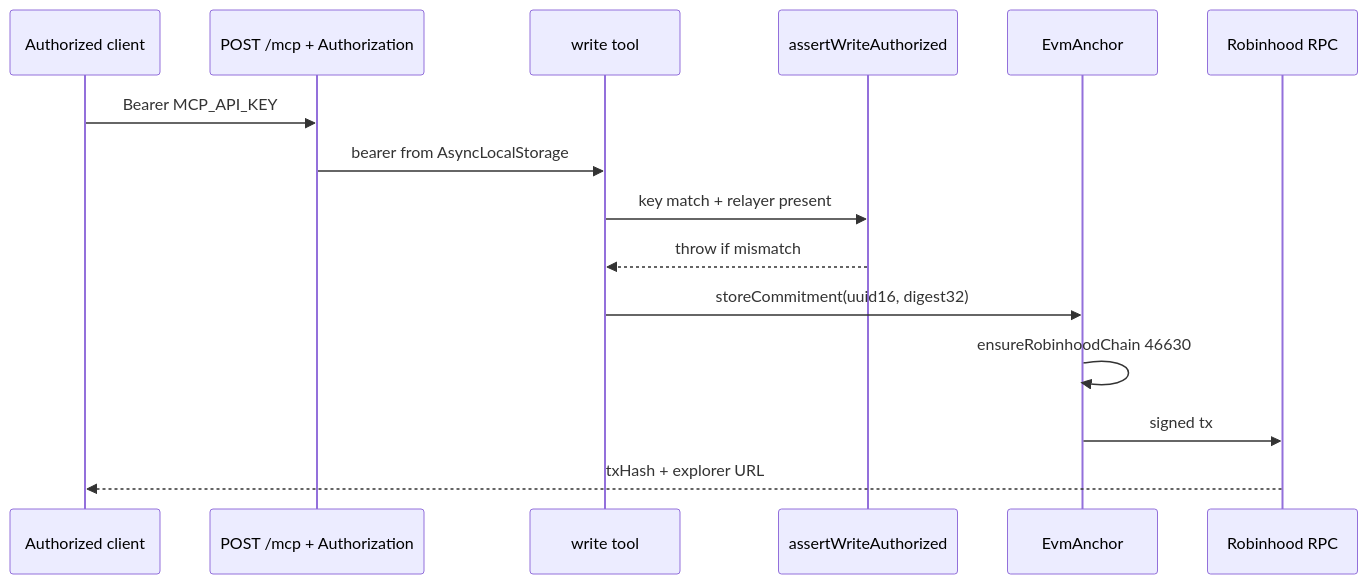
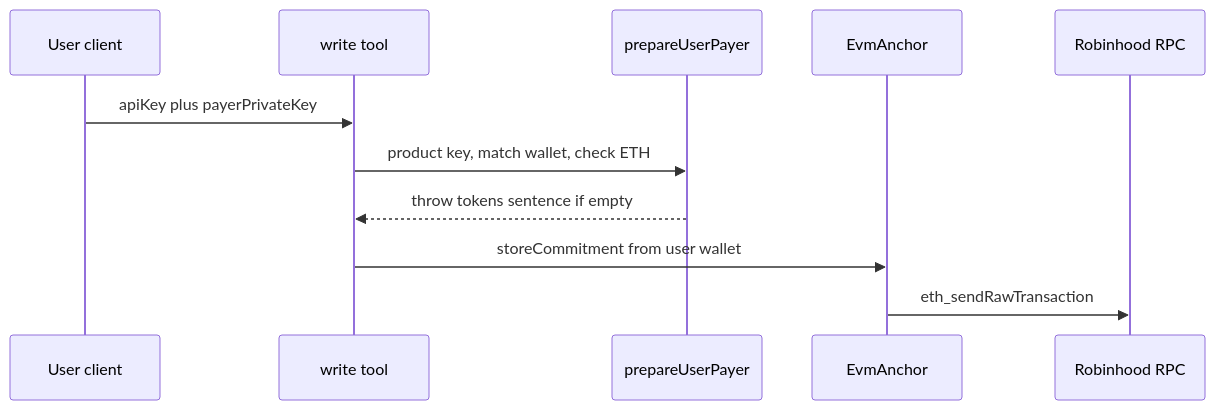
The fifth of 7 diagrams in docs/ARCHITECTURE.md (veyanet/veya-mcp), drawn with Mermaid before and after one commit. The commit also changed other lines of this file, not shown here.

Commit message:
docs: expand mcp architecture with layers and charts

````diff
--- a/docs/ARCHITECTURE.md
+++ b/docs/ARCHITECTURE.md
@@ -297,18 +294,14 @@
 ```mermaid
 sequenceDiagram
-  participant C as Authorized client
-  participant H as POST /mcp + Authorization
+  participant C as User client
   participant W as write tool
-  participant A as assertWriteAuthorized
+  participant P as prepareUserPayer
   participant E as EvmAnchor
   participant R as Robinhood RPC
 
-  C->>H: Bearer MCP_API_KEY
-  H->>W: bearer from AsyncLocalStorage
-  W->>A: key match + relayer present
-  A-->>W: throw if mismatch
-  W->>E: storeCommitment(uuid16, digest32)
-  E->>E: ensureRobinhoodChain 46630
-  E->>R: signed tx
-  R-->>C: txHash + explorer URL
+  C->>W: apiKey plus payerPrivateKey
+  W->>P: product key, match wallet, check ETH
+  P-->>W: throw tokens sentence if empty
+  W->>E: storeCommitment from user wallet
+  E->>R: eth_sendRawTransaction
 ```
````
